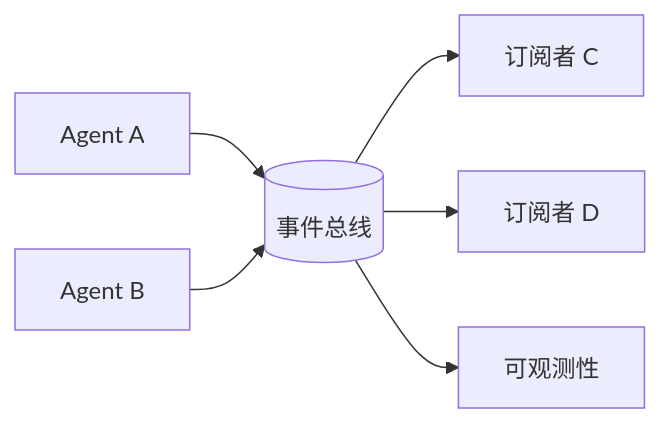
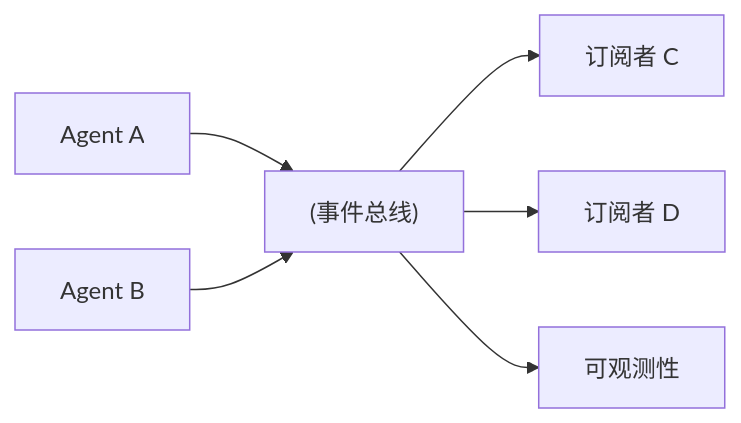
Before and after one commit to riba2534/multi-agent-wiki-cn: the diagram in content/wiki/patterns/event-bus-pubsub.md, drawn with Mermaid. The commit also changed other lines of this file and 41 other files, not shown here.

First line of the commit message:
docs: 全面质量改进 - 术语统一、Mermaid规范化、间距修复

````diff
--- a/content/wiki/patterns/event-bus-pubsub.md
+++ b/content/wiki/patterns/event-bus-pubsub.md
@@ -16,8 +16,8 @@
 ```mermaid
 flowchart LR
-  A[Agent A] --> E[(事件总线)]
+  A[Agent A] --> E["(事件总线)"]
   B[Agent B] --> E
-  E --> C[订阅者 C]
-  E --> D[订阅者 D]
-  E --> O[可观测性]
+  E --> C["订阅者 C"]
+  E --> D["订阅者 D"]
+  E --> O["可观测性"]
 ```
````
